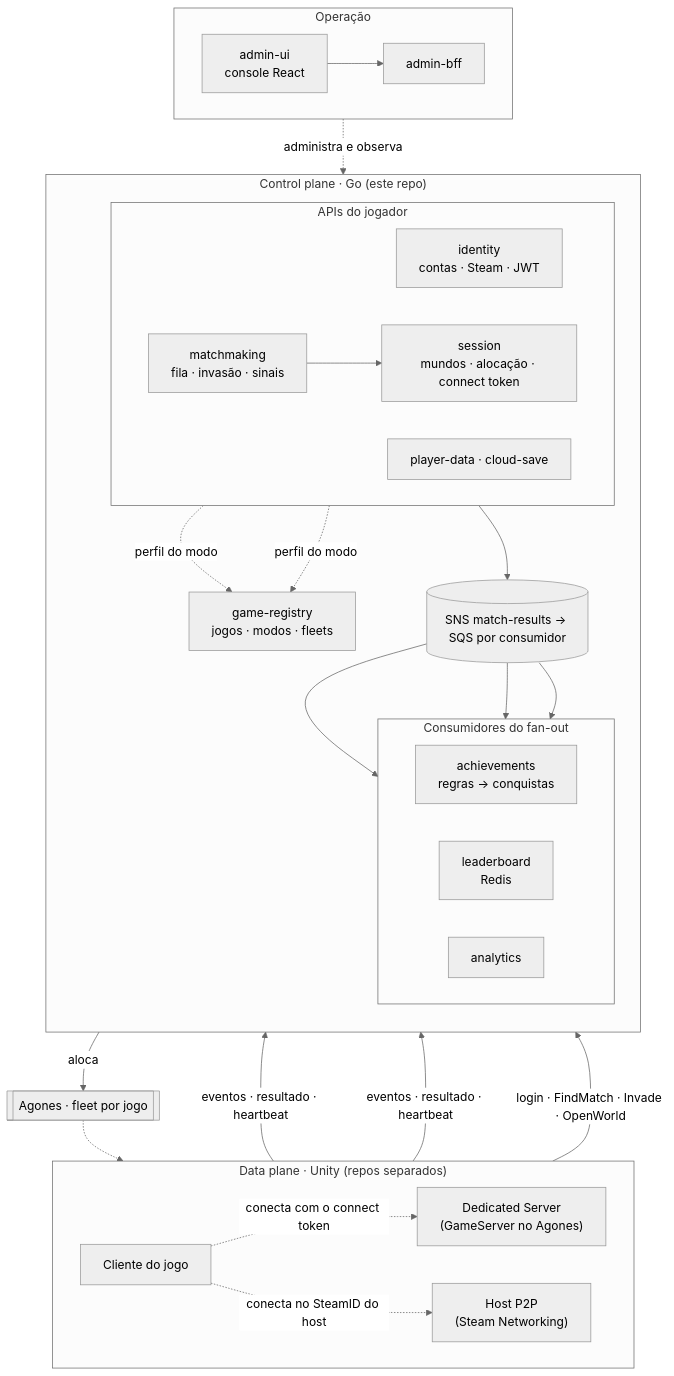
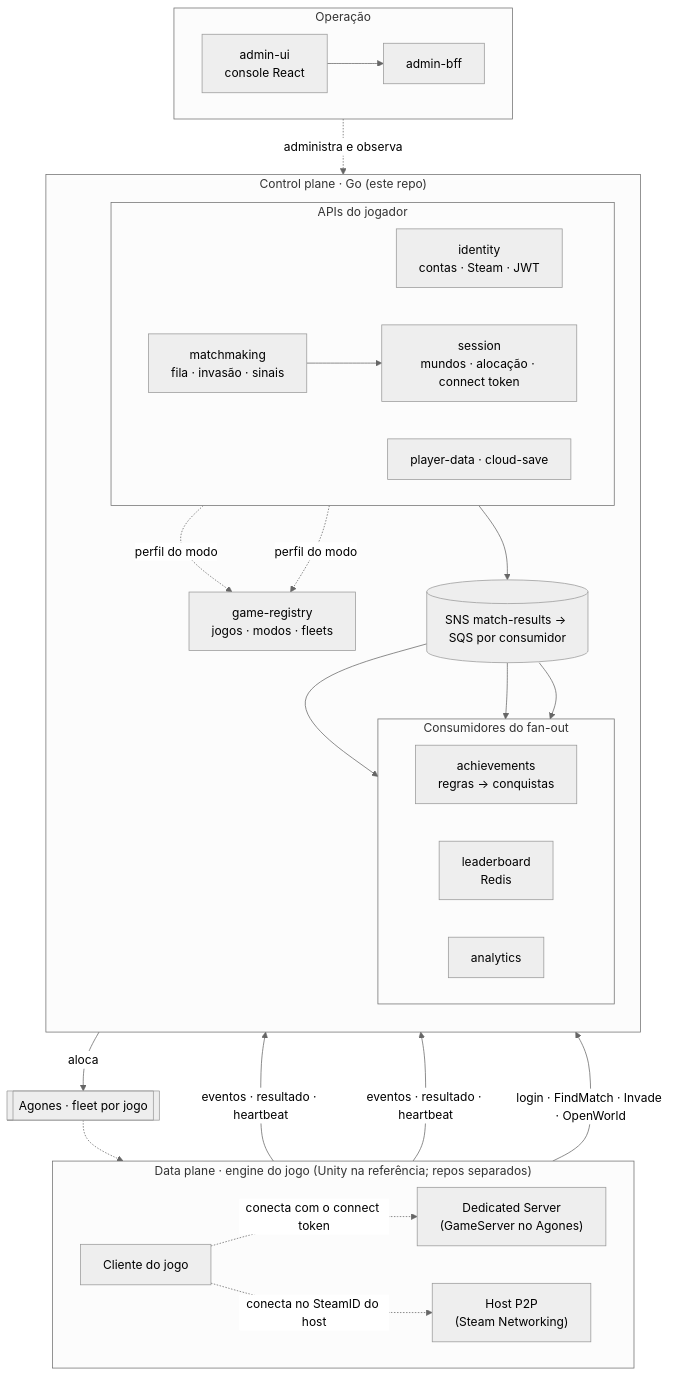
The first of 8 diagrams in docs/ARCHITECTURE.md (vitormartins1/go-multiplayer-control-plane), drawn with Mermaid (neutral theme) before and after one commit. The commit also changed other lines of this file and 9 other files, not shown here.

First line of the commit message:
docs: control plane agnóstico de engine e de loja (ADR-0033)

````diff
--- a/docs/ARCHITECTURE.md
+++ b/docs/ARCHITECTURE.md
@@ -22,45 +28,45 @@
 ```mermaid
 flowchart TB
-  subgraph DP["Data plane · Unity (repos separados)"]
+  subgraph DP["Data plane · engine do jogo (Unity na referência; repos separados)"]
     direction LR
     C["Cliente do jogo"]
     GS["Dedicated Server<br/>(GameServer no Agones)"]
     H["Host P2P<br/>(Steam Networking)"]
   end
 
   subgraph CP["Control plane · Go (este repo)"]
     direction TB
     subgraph EDGE["APIs do jogador"]
       direction LR
       ID["identity<br/>contas · Steam · JWT"]
       MM["matchmaking<br/>fila · invasão · sinais"]
       SE["session<br/>mundos · alocação · connect token"]
       PD["player-data · cloud-save"]
     end
     GR["game-registry<br/>jogos · modos · fleets"]
     BUS[("SNS match-results → SQS por consumidor")]
     subgraph SINKS["Consumidores do fan-out"]
       direction LR
       ACH["achievements<br/>regras → conquistas"]
       LB["leaderboard<br/>Redis"]
       AN["analytics"]
     end
   end
 
   subgraph OPS["Operação"]
     direction LR
     UI["admin-ui<br/>console React"] --> BFF["admin-bff"]
   end
 
   AG[["Agones · fleet por jogo"]]
 
   C -->|"login · FindMatch · Invade · OpenWorld"| EDGE
   MM --> SE
   MM & SE -.->|perfil do modo| GR
   SE -->|aloca| AG -.-> GS
   C -.->|"conecta com o connect token"| GS
   C -.->|"conecta no SteamID do host"| H
   GS & H -->|"eventos · resultado · heartbeat"| SE
   SE --> BUS --> ACH & LB & AN
   BFF -.->|"administra e observa"| CP
 ```
````
